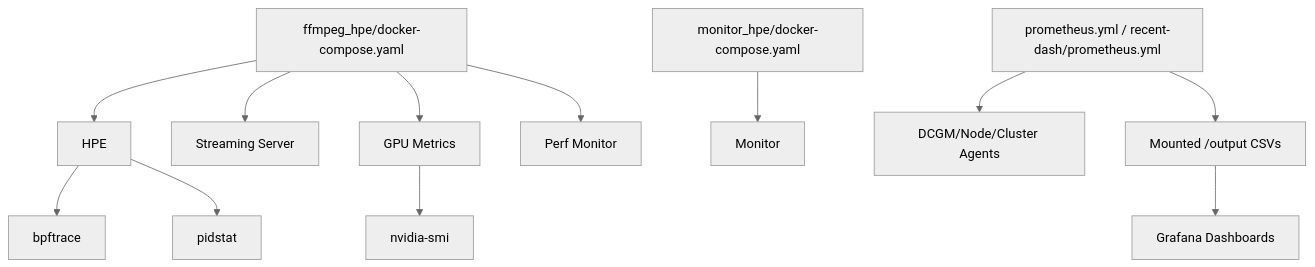
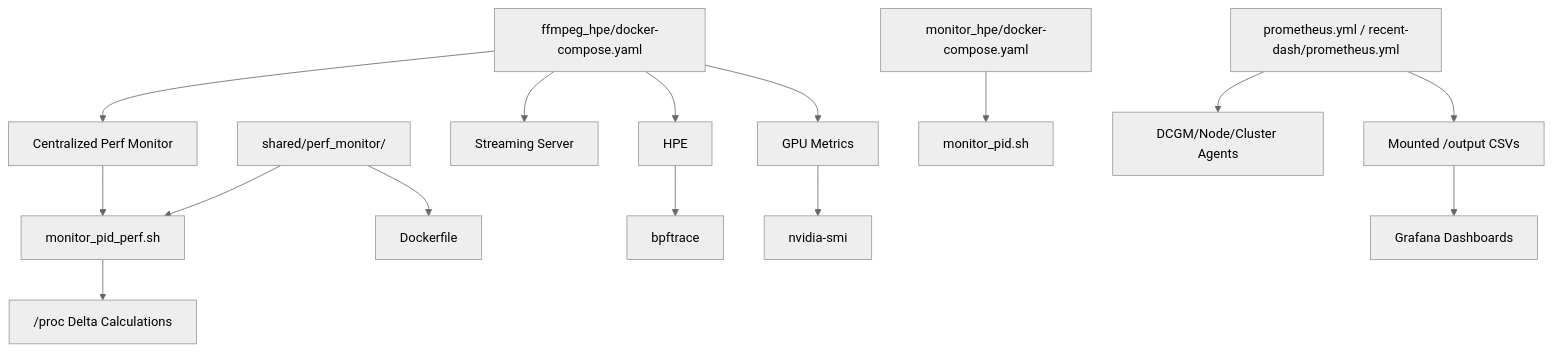
The tenth of 10 diagrams in .qoder/repowiki/en/content/Monitoring and Analytics/Performance Monitoring.md (Fogus-Gr/MeasurementsDTs), drawn with Mermaid (neutral theme) before and after one commit. The commit also changed other lines of this file and 10 other files, not shown here.

````diff
--- a/.qoder/repowiki/en/content/Monitoring and Analytics/Performance Monitoring.md
+++ b/.qoder/repowiki/en/content/Monitoring and Analytics/Performance Monitoring.md
@@ -284,14 +320,17 @@
 ```mermaid
 graph TB
+SH["shared/perf_monitor/"] --> MON["monitor_pid_perf.sh"]
+SH --> DF["Dockerfile"]
 DC["ffmpeg_hpe/docker-compose.yaml"] --> HPE["HPE"]
 DC --> STR["Streaming Server"]
 DC --> GPU["GPU Metrics"]
-DC --> PM["Perf Monitor"]
-MH["monitor_hpe/docker-compose.yaml"] --> MON["Monitor"]
+DC --> PM["Centralized Perf Monitor"]
+PM --> MON
+MON --> PROC["/proc Delta Calculations"]
+MH["monitor_hpe/docker-compose.yaml"] --> MON2["monitor_pid.sh"]
 HPE --> BPF["bpftrace"]
-HPE --> PID["pidstat"]
 GPU --> NSMI["nvidia-smi"]
 PROM["prometheus.yml / recent-dash/prometheus.yml"] --> EXP["DCGM/Node/Cluster Agents"]
 PROM --> OUT["Mounted /output CSVs"]
 OUT --> GRAF["Grafana Dashboards"]
 ```
````
